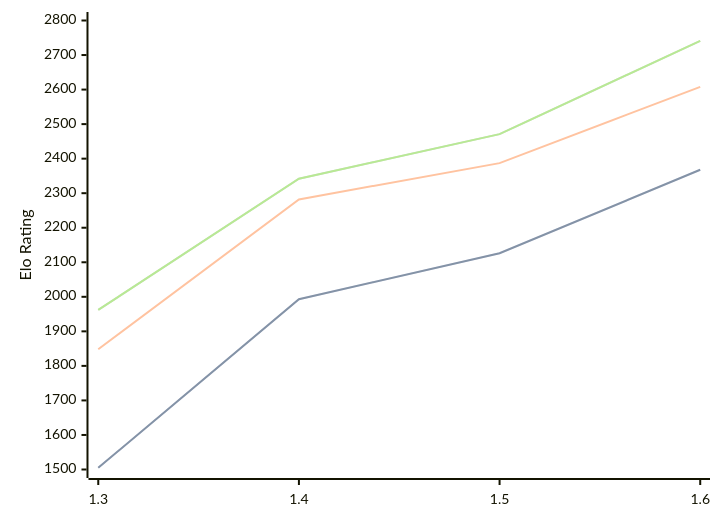
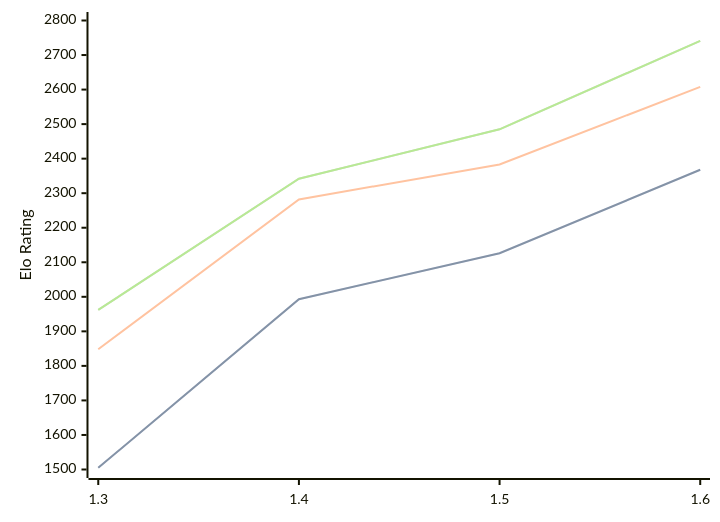
The third of 3 diagrams in engines/Facon.md (computer-chess-index/cci), drawn with Mermaid before and after one commit. The commit also changed other lines of this file, not shown here.

Commit message:
Update CCI Ratings (ELO VLTC) - 2026-07-06

````diff
--- a/engines/Facon.md
+++ b/engines/Facon.md
@@ -70,11 +70,11 @@
 ```mermaid
 %%{init: {"theme":"base","themeVariables":{"seriesColors:['#a3a3a3','#222221','#faa371']}}}%%
 xychart-beta
   x-axis ["1.3", "1.4", "1.5", "1.6"]
   y-axis "Elo Rating" 1500 --> 2800
   line "STC (8.0+0.08s)" [1505, 1993, 2126, 2368]
   line "STC (8.0+0.08s)" [1505, 1993, 2126, 2368]
-  line "LTC (60.0+0.60s)" [1848, 2282, 2387, 2608]
-  line "VLTC (2m24s+1.12s)" [1962, 2342, 2471, 2741]
-  line "VLTC (2m24s+1.12s)" [1962, 2342, 2471, 2741]
+  line "LTC (60.0+0.60s)" [1848, 2282, 2383, 2608]
+  line "VLTC (2m24s+1.12s)" [1962, 2342, 2485, 2741]
+  line "VLTC (2m24s+1.12s)" [1962, 2342, 2485, 2741]
 ```
````
